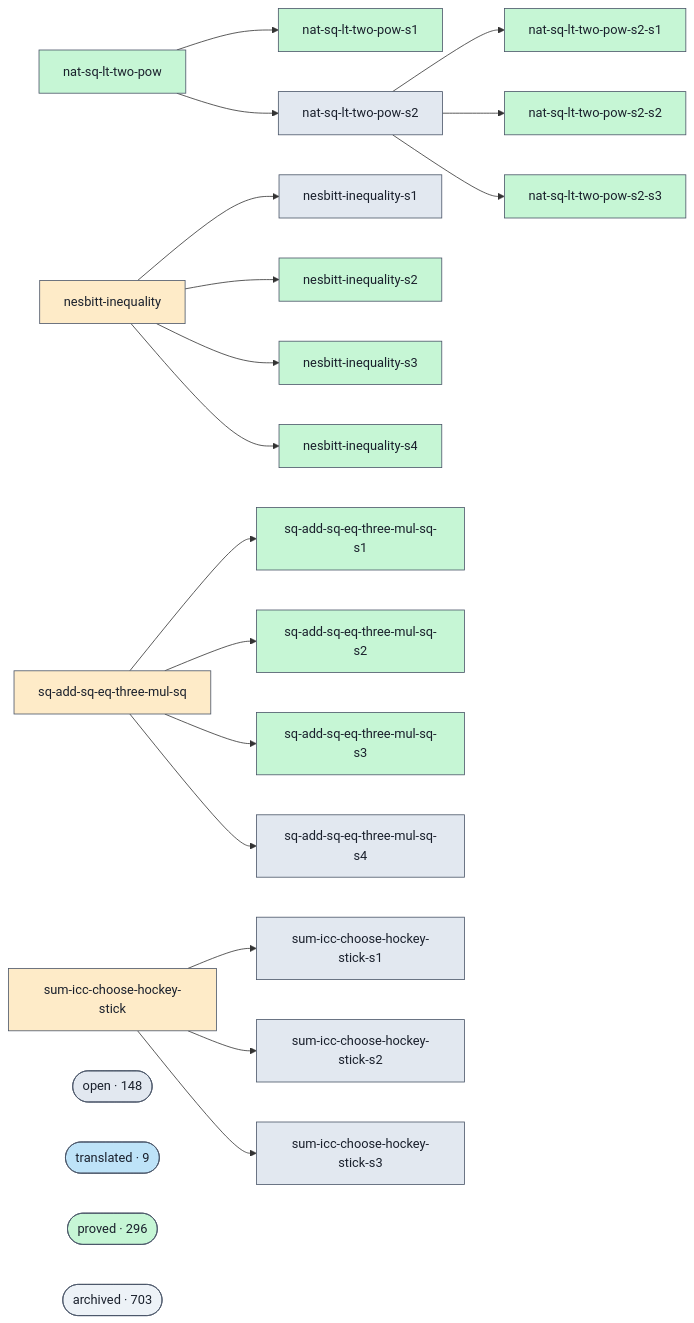
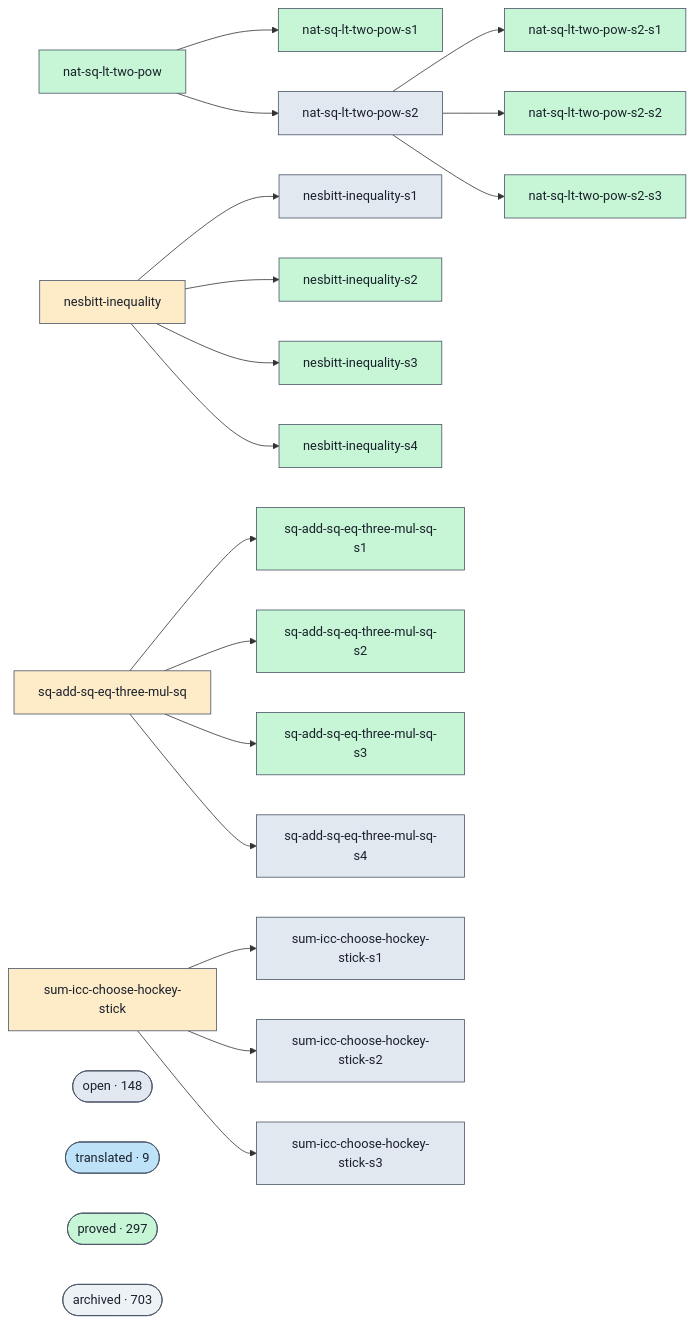
Before and after one commit to Rauxon/unsorry: the diagram in docs/proofs-contributors-visualisation.md, drawn with Mermaid. The commit also changed other lines of this file and 2 other files, not shown here.

```diff
--- a/docs/proofs-contributors-visualisation.md
+++ b/docs/proofs-contributors-visualisation.md
@@ -102,7 +102,7 @@
   class cluster_open open;
   cluster_translated(["translated · 9"])
   class cluster_translated translated;
-  cluster_proved(["proved · 296"])
+  cluster_proved(["proved · 297"])
   class cluster_proved proved;
   cluster_archived(["archived · 703"])
   class cluster_archived unknown;
```
